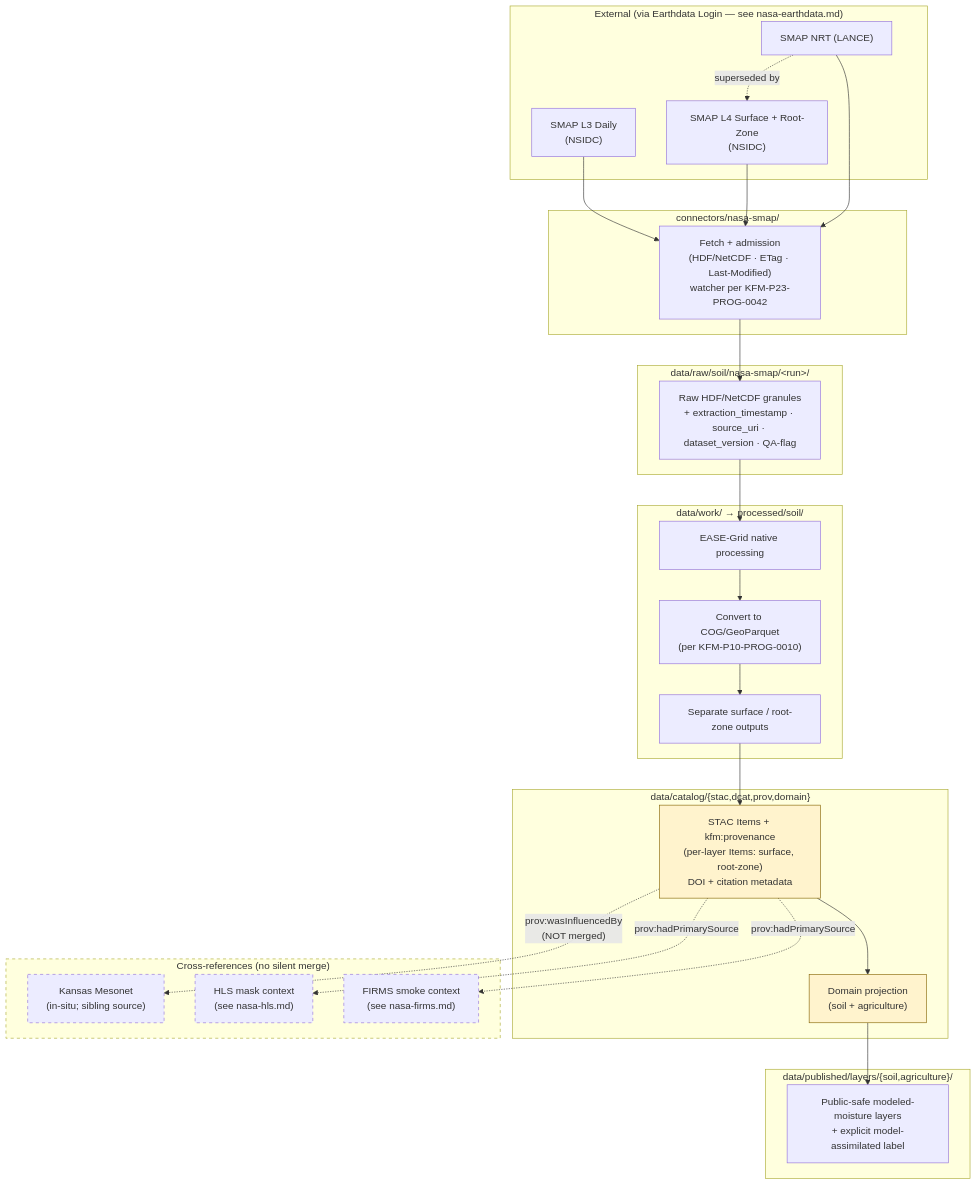
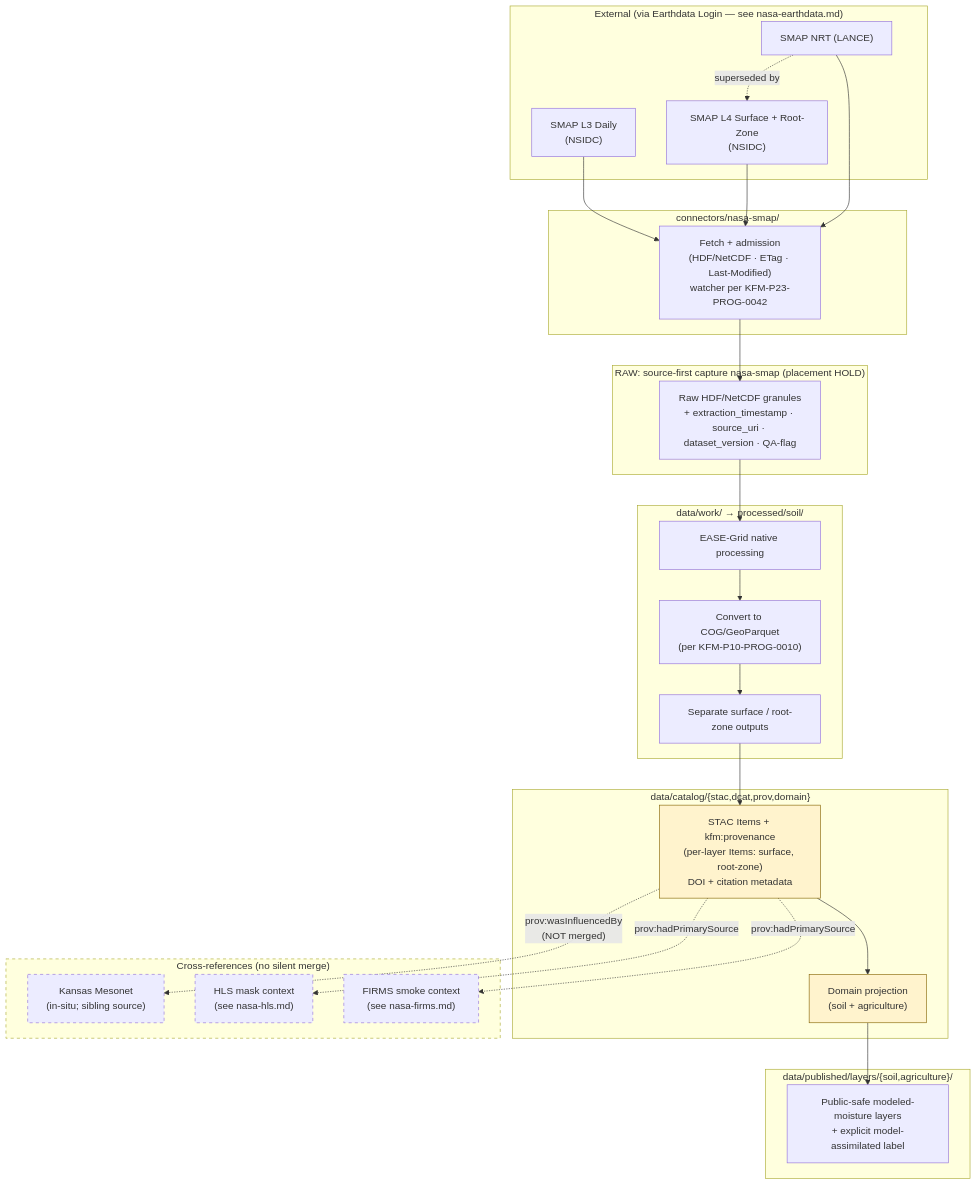
The diagram in docs/sources/catalog/nasa/nasa-smap.md (bartytime4life/Kansas-Frontier-Matrix), drawn with Mermaid before and after one commit. The commit also changed other lines of this file and 10 other files, not shown here.

First line of the commit message:
docs(sources): align soil source-catalog RAW paths with source-first DIR-SOURCE-001

````diff
--- a/docs/sources/catalog/nasa/nasa-smap.md
+++ b/docs/sources/catalog/nasa/nasa-smap.md
@@ -146,52 +150,52 @@
 ```mermaid
 flowchart TB
   subgraph Ext["External (via Earthdata Login — see nasa-earthdata.md)"]
     S1["SMAP L3 Daily<br/>(NSIDC)"]
     S2["SMAP L4 Surface + Root-Zone<br/>(NSIDC)"]
     S3["SMAP NRT (LANCE)"]
   end
 
   subgraph Connect["connectors/nasa-smap/"]
     C["Fetch + admission<br/>(HDF/NetCDF · ETag · Last-Modified)<br/>watcher per KFM-P23-PROG-0042"]
   end
 
-  subgraph Raw["data/raw/soil/nasa-smap/&lt;run&gt;/"]
+  subgraph Raw["RAW: source-first capture nasa-smap (placement HOLD)"]
     R["Raw HDF/NetCDF granules<br/>+ extraction_timestamp · source_uri · dataset_version · QA-flag"]
   end
 
   subgraph Work["data/work/ → processed/soil/"]
     P1["EASE-Grid native processing"]
     P2["Convert to COG/GeoParquet<br/>(per KFM-P10-PROG-0010)"]
     P3["Separate surface / root-zone outputs"]
   end
 
   subgraph Catalog["data/catalog/{stac,dcat,prov,domain}"]
     K["STAC Items + kfm:provenance<br/>(per-layer Items: surface, root-zone)<br/>DOI + citation metadata"]
     K2["Domain projection<br/>(soil + agriculture)"]
   end
 
   subgraph Cross["Cross-references (no silent merge)"]
     M["Kansas Mesonet<br/>(in-situ; sibling source)"]
     H["HLS mask context<br/>(see nasa-hls.md)"]
     F["FIRMS smoke context<br/>(see nasa-firms.md)"]
   end
 
   subgraph Pub["data/published/layers/{soil,agriculture}/"]
     P["Public-safe modeled-moisture layers<br/>+ explicit model-assimilated label"]
   end
 
   S1 --> C
   S2 --> C
   S3 --> C
   C --> R
   R --> P1 --> P2 --> P3 --> K --> K2 --> P
   K -.->|"prov:wasInfluencedBy<br/>(NOT merged)"| M
   K -.->|"prov:hadPrimarySource"| H
   K -.->|"prov:hadPrimarySource"| F
   S3 -.->|"superseded by"| S2
 
   classDef ref fill:#fff3cd,stroke:#856404;
   classDef cross stroke-dasharray: 5 5;
   class K,K2 ref;
   class M,H,F,Cross cross;
 ```
````
